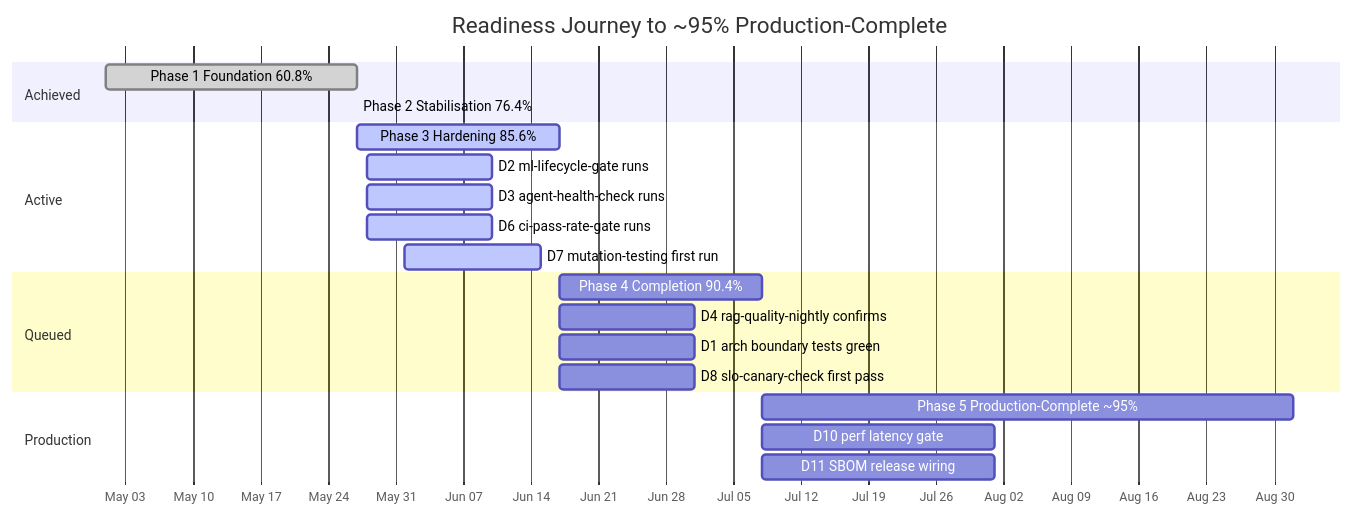
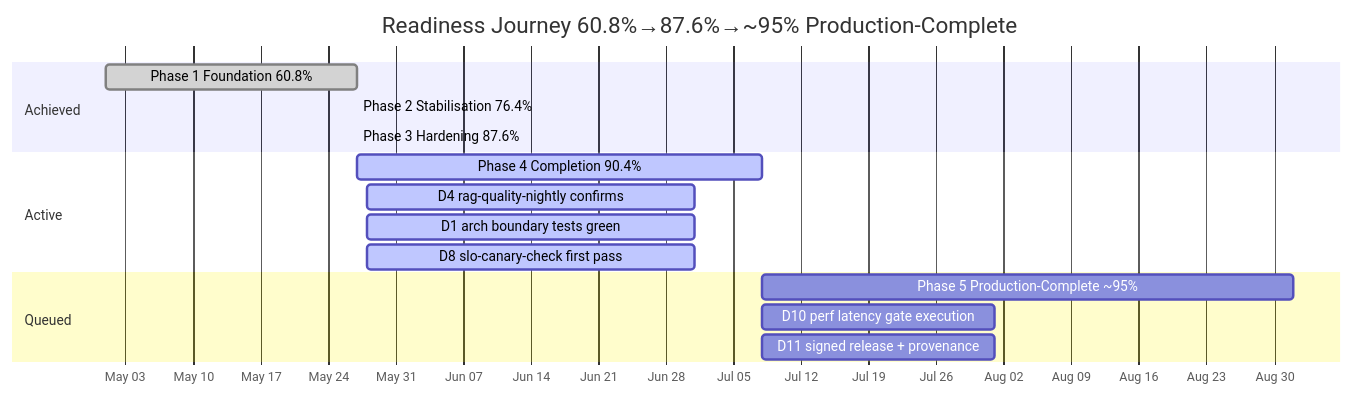
The diagram in docs/roadmap/explain_repository_structure_whats_next.md (Aries-Serpent/_codex_), drawn with Mermaid before and after one commit. The commit also changed other lines of this file and 9 other files, not shown here.

Commit message:
feat: Phase 3 execution — score 76.4% → 87.6% (D2→4, D3→5, D6→5, D7→5, D10→3, D11→3)

````diff
--- a/docs/roadmap/explain_repository_structure_whats_next.md
+++ b/docs/roadmap/explain_repository_structure_whats_next.md
@@ -81,28 +75,22 @@
 ```mermaid
 gantt
-    title Readiness Journey to ~95% Production-Complete
+    title Readiness Journey 60.8%→87.6%→~95% Production-Complete
     dateFormat YYYY-MM-DD
     axisFormat %b %d
 
     section Achieved
     Phase 1 Foundation 60.8%       :done,    p1, 2026-05-01, 2026-05-27
     Phase 2 Stabilisation 76.4%    :done,    p2, 2026-05-27, 2026-05-27
+    Phase 3 Hardening 87.6%        :done,    p3, 2026-05-27, 2026-05-27
 
     section Active
-    Phase 3 Hardening 85.6%        :active,  p3, 2026-05-27, 2026-06-17
-    D2 ml-lifecycle-gate runs       :active,  d2, 2026-05-28, 2026-06-10
-    D3 agent-health-check runs      :active,  d3, 2026-05-28, 2026-06-10
-    D6 ci-pass-rate-gate runs       :active,  d6, 2026-05-28, 2026-06-10
-    D7 mutation-testing first run   :active,  d7, 2026-06-01, 2026-06-15
+    Phase 4 Completion 90.4%        :active,  p4, 2026-05-27, 2026-07-08
+    D4 rag-quality-nightly confirms  :active,  r4, 2026-05-28, 2026-07-01
+    D1 arch boundary tests green     :active,  a1, 2026-05-28, 2026-07-01
+    D8 slo-canary-check first pass   :active,  o8, 2026-05-28, 2026-07-01
 
     section Queued
-    Phase 4 Completion 90.4%        :         p4, 2026-06-17, 2026-07-08
-    D4 rag-quality-nightly confirms  :         r4, 2026-06-17, 2026-07-01
-    D1 arch boundary tests green     :         a1, 2026-06-17, 2026-07-01
-    D8 slo-canary-check first pass   :         o8, 2026-06-17, 2026-07-01
-
-    section Production
     Phase 5 Production-Complete ~95% :         p5, 2026-07-08, 2026-09-01
-    D10 perf latency gate            :         d10, 2026-07-08, 2026-08-01
-    D11 SBOM release wiring          :         d11, 2026-07-08, 2026-08-01
+    D10 perf latency gate execution  :         d10, 2026-07-08, 2026-08-01
+    D11 signed release + provenance  :         d11, 2026-07-08, 2026-08-01
 ```
````
